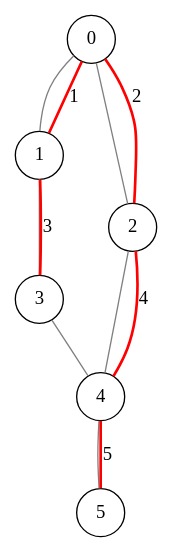
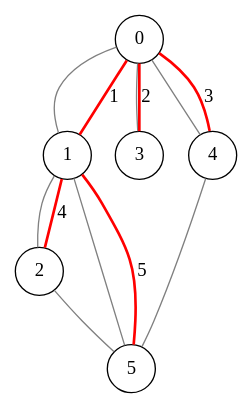
Before and after one commit to parthpetkar/LAB-PRACTICE: the diagram in uninformed search/bfs_traversal.dot, drawn with Graphviz. The commit also changed 7 other files, not shown here.

```diff
--- a/uninformed search/bfs_traversal.dot
+++ b/uninformed search/bfs_traversal.dot
@@ -1,14 +1,15 @@
 graph G {
   node [shape=circle];
   0 -- 1 [color=gray];
-  0 -- 2 [color=gray];
-  1 -- 3 [color=gray];
-  2 -- 4 [color=gray];
-  3 -- 4 [color=gray];
+  0 -- 3 [color=gray];
+  0 -- 4 [color=gray];
+  1 -- 2 [color=gray];
+  1 -- 5 [color=gray];
+  2 -- 5 [color=gray];
   4 -- 5 [color=gray];
   0 -- 1 [color=red, penwidth=2, label="1"];
-  0 -- 2 [color=red, penwidth=2, label="2"];
-  1 -- 3 [color=red, penwidth=2, label="3"];
-  2 -- 4 [color=red, penwidth=2, label="4"];
-  4 -- 5 [color=red, penwidth=2, label="5"];
+  0 -- 3 [color=red, penwidth=2, label="2"];
+  0 -- 4 [color=red, penwidth=2, label="3"];
+  1 -- 2 [color=red, penwidth=2, label="4"];
+  1 -- 5 [color=red, penwidth=2, label="5"];
 }
```
